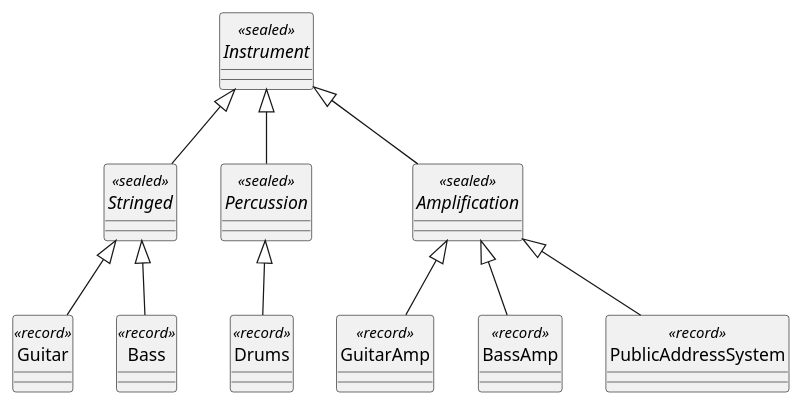
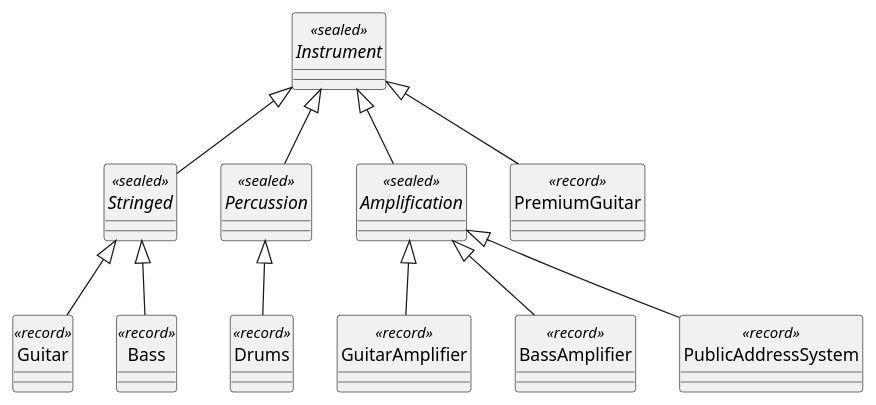
The diagram in guitarrental/docs/Architecture.puml (joeaoregan/TUS-26-OOP2-CA), drawn with PlantUML before and after one commit. The commit also changed 7 other files, not shown here.

```diff
--- a/guitarrental/docs/Architecture.puml
+++ b/guitarrental/docs/Architecture.puml
@@ -1,26 +1,29 @@
-@startuml
+@startuml 
 skinparam style strictuml
 
-interface Instrument <<sealed>>
-interface Stringed <<sealed>>
-interface Percussion <<sealed>>
+interface Instrument <<sealed>> 
+interface Stringed <<sealed>> 
+interface Percussion <<sealed>> 
 interface Amplification <<sealed>>
 
-Instrument <|-- Stringed
-Instrument <|-- Percussion
-Instrument <|-- Amplification
+Instrument <|-- Stringed 
+Instrument <|-- Percussion 
+Instrument <|-- Amplification 
+Instrument <|-- PremiumGuitar
 
-Stringed <|-- Guitar
-Stringed <|-- Bass
-Percussion <|-- Drums
-Amplification <|-- GuitarAmp
-Amplification <|-- BassAmp
+Stringed <|-- Guitar 
+Stringed <|-- Bass 
+Percussion <|-- Drums 
+Amplification <|-- GuitarAmplifier 
+Amplification <|-- BassAmplifier 
 Amplification <|-- PublicAddressSystem
 
-class Guitar <<record>>
-class Bass <<record>>
-class Drums <<record>>
-class GuitarAmp <<record>>
-class BassAmp <<record>>
-class PublicAddressSystem <<record>>
+class Guitar <<record>> 
+class Bass <<record>> 
+class Drums <<record>> 
+class GuitarAmplifier <<record>> 
+class BassAmplifier <<record>> 
+class PublicAddressSystem <<record>> 
+class PremiumGuitar <<record>>
+
 @enduml
```
